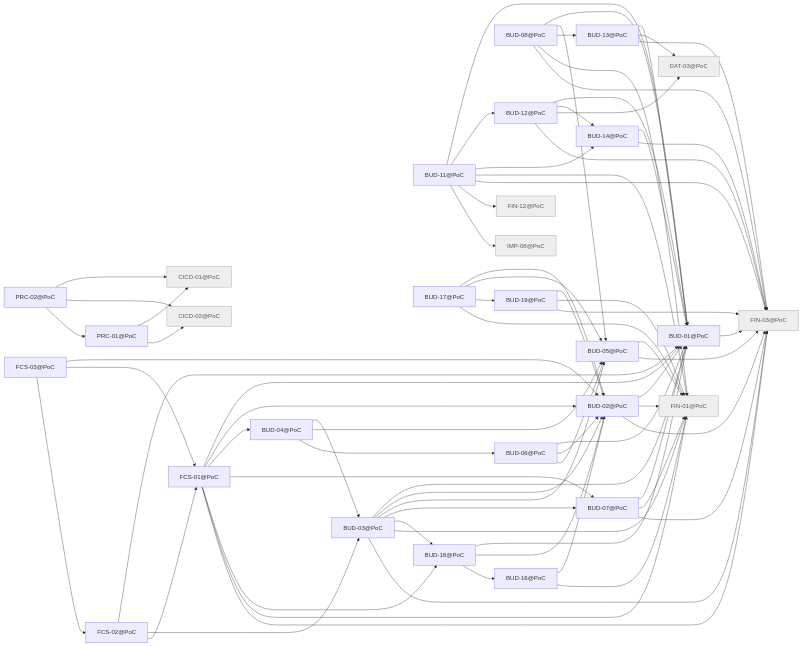
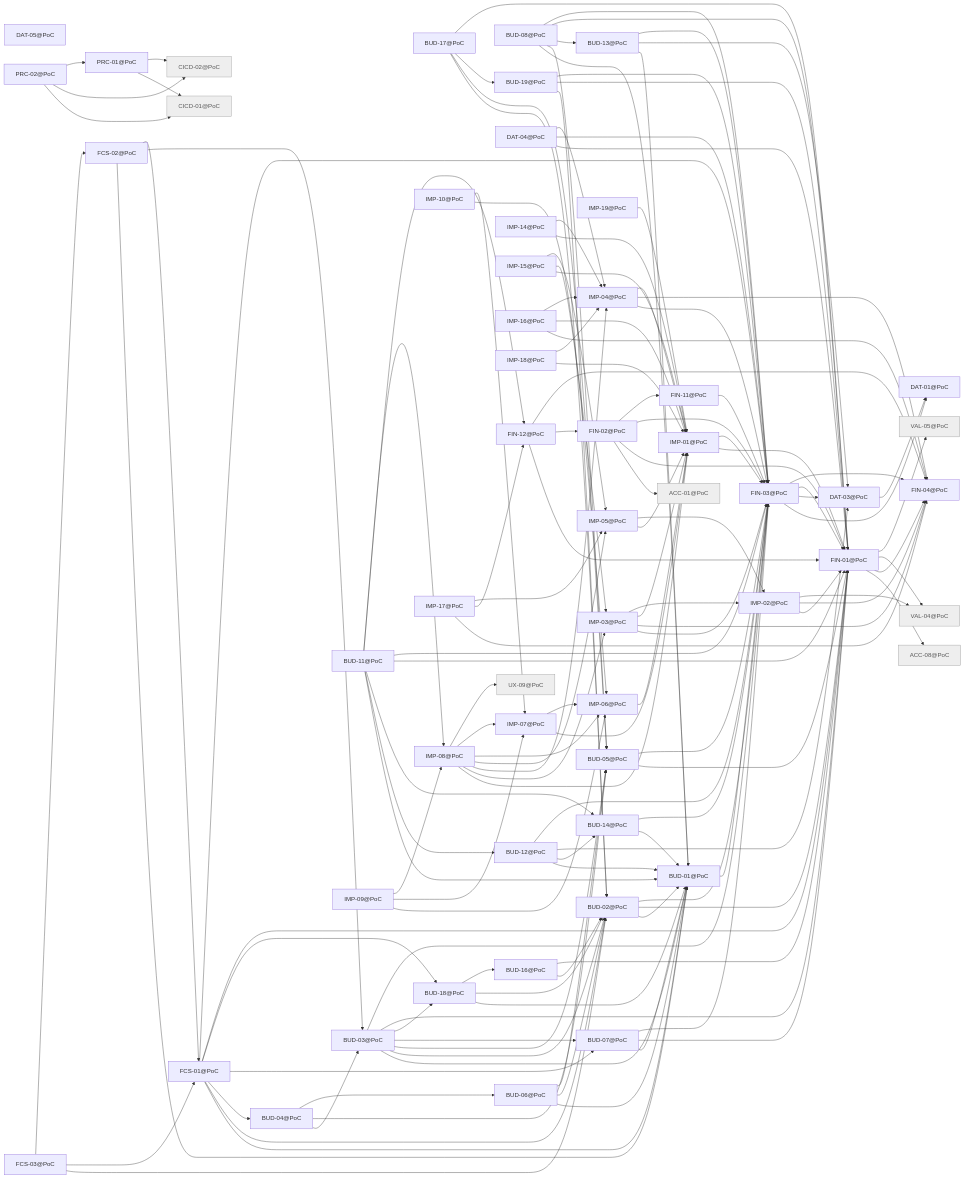
One commit to minakovval/Willowsum changed the diagram in docs/traceability/release-poc.md. Above: the diagram before and after it, drawn with Mermaid. The commit also changed other lines of this file and 165 other files, not shown here.

First line of the commit message:
FIN-01: migrate FIN, IMP and DAT to release slices; BUD-17 one budget in PoC (#36)

````diff
--- a/docs/traceability/release-poc.md
+++ b/docs/traceability/release-poc.md
@@ -37,5 +63,7 @@
 ```mermaid
 flowchart LR
+  ACC_01_PoC["ACC-01@PoC"]
+  ACC_08_PoC["ACC-08@PoC"]
   BUD_01_PoC["BUD-01@PoC"]
   BUD_02_PoC["BUD-02@PoC"]
   BUD_03_PoC["BUD-03@PoC"]
@@ -54,16 +82,40 @@
   BUD_19_PoC["BUD-19@PoC"]
   CICD_01_PoC["CICD-01@PoC"]
   CICD_02_PoC["CICD-02@PoC"]
+  DAT_01_PoC["DAT-01@PoC"]
   DAT_03_PoC["DAT-03@PoC"]
+  DAT_04_PoC["DAT-04@PoC"]
+  DAT_05_PoC["DAT-05@PoC"]
   FCS_01_PoC["FCS-01@PoC"]
   FCS_02_PoC["FCS-02@PoC"]
   FCS_03_PoC["FCS-03@PoC"]
   FIN_01_PoC["FIN-01@PoC"]
+  FIN_02_PoC["FIN-02@PoC"]
   FIN_03_PoC["FIN-03@PoC"]
+  FIN_04_PoC["FIN-04@PoC"]
+  FIN_11_PoC["FIN-11@PoC"]
   FIN_12_PoC["FIN-12@PoC"]
+  IMP_01_PoC["IMP-01@PoC"]
+  IMP_02_PoC["IMP-02@PoC"]
+  IMP_03_PoC["IMP-03@PoC"]
+  IMP_04_PoC["IMP-04@PoC"]
+  IMP_05_PoC["IMP-05@PoC"]
+  IMP_06_PoC["IMP-06@PoC"]
+  IMP_07_PoC["IMP-07@PoC"]
   IMP_08_PoC["IMP-08@PoC"]
+  IMP_09_PoC["IMP-09@PoC"]
+  IMP_10_PoC["IMP-10@PoC"]
+  IMP_14_PoC["IMP-14@PoC"]
+  IMP_15_PoC["IMP-15@PoC"]
+  IMP_16_PoC["IMP-16@PoC"]
+  IMP_17_PoC["IMP-17@PoC"]
+  IMP_18_PoC["IMP-18@PoC"]
+  IMP_19_PoC["IMP-19@PoC"]
   PRC_01_PoC["PRC-01@PoC"]
   PRC_02_PoC["PRC-02@PoC"]
+  UX_09_PoC["UX-09@PoC"]
+  VAL_04_PoC["VAL-04@PoC"]
+  VAL_05_PoC["VAL-05@PoC"]
   BUD_01_PoC --> FIN_03_PoC
   BUD_02_PoC --> BUD_01_PoC
   BUD_02_PoC --> FIN_01_PoC
@@ -119,6 +171,10 @@
   BUD_19_PoC --> BUD_02_PoC
   BUD_19_PoC --> FIN_01_PoC
   BUD_19_PoC --> FIN_03_PoC
+  DAT_03_PoC --> DAT_01_PoC
+  DAT_04_PoC --> FIN_01_PoC
+  DAT_04_PoC --> FIN_03_PoC
+  DAT_04_PoC --> IMP_04_PoC
   FCS_01_PoC --> BUD_01_PoC
   FCS_01_PoC --> BUD_02_PoC
   FCS_01_PoC --> BUD_04_PoC
@@ -132,11 +188,70 @@
   FCS_03_PoC --> BUD_02_PoC
   FCS_03_PoC --> FCS_01_PoC
   FCS_03_PoC --> FCS_02_PoC
+  FIN_01_PoC --> ACC_08_PoC
+  FIN_01_PoC --> FIN_04_PoC
+  FIN_01_PoC --> VAL_04_PoC
+  FIN_01_PoC --> VAL_05_PoC
+  FIN_02_PoC --> ACC_01_PoC
+  FIN_02_PoC --> FIN_01_PoC
+  FIN_02_PoC --> FIN_03_PoC
+  FIN_02_PoC --> FIN_11_PoC
+  FIN_03_PoC --> DAT_01_PoC
+  FIN_03_PoC --> DAT_03_PoC
+  FIN_03_PoC --> FIN_01_PoC
+  FIN_03_PoC --> FIN_04_PoC
+  FIN_11_PoC --> FIN_03_PoC
+  FIN_12_PoC --> FIN_01_PoC
+  FIN_12_PoC --> FIN_02_PoC
+  FIN_12_PoC --> FIN_04_PoC
+  IMP_01_PoC --> FIN_01_PoC
+  IMP_01_PoC --> FIN_03_PoC
+  IMP_02_PoC --> FIN_01_PoC
+  IMP_02_PoC --> FIN_04_PoC
+  IMP_02_PoC --> VAL_04_PoC
+  IMP_03_PoC --> FIN_03_PoC
+  IMP_03_PoC --> FIN_04_PoC
+  IMP_03_PoC --> IMP_01_PoC
+  IMP_03_PoC --> IMP_02_PoC
+  IMP_04_PoC --> FIN_03_PoC
+  IMP_04_PoC --> FIN_04_PoC
+  IMP_04_PoC --> IMP_01_PoC
+  IMP_05_PoC --> IMP_01_PoC
+  IMP_05_PoC --> IMP_02_PoC
+  IMP_06_PoC --> IMP_01_PoC
+  IMP_07_PoC --> IMP_01_PoC
+  IMP_07_PoC --> IMP_06_PoC
+  IMP_08_PoC --> IMP_01_PoC
+  IMP_08_PoC --> IMP_03_PoC
+  IMP_08_PoC --> IMP_04_PoC
+  IMP_08_PoC --> IMP_05_PoC
+  IMP_08_PoC --> IMP_06_PoC
+  IMP_08_PoC --> IMP_07_PoC
+  IMP_08_PoC --> UX_09_PoC
+  IMP_09_PoC --> IMP_06_PoC
+  IMP_09_PoC --> IMP_07_PoC
+  IMP_09_PoC --> IMP_08_PoC
+  IMP_10_PoC --> IMP_06_PoC
+  IMP_10_PoC --> IMP_07_PoC
+  IMP_14_PoC --> IMP_01_PoC
+  IMP_14_PoC --> IMP_04_PoC
+  IMP_15_PoC --> IMP_01_PoC
+  IMP_15_PoC --> IMP_03_PoC
+  IMP_15_PoC --> IMP_05_PoC
+  IMP_16_PoC --> FIN_04_PoC
+  IMP_16_PoC --> IMP_01_PoC
+  IMP_16_PoC --> IMP_04_PoC
+  IMP_17_PoC --> FIN_04_PoC
+  IMP_17_PoC --> FIN_12_PoC
+  IMP_17_PoC --> IMP_05_PoC
+  IMP_18_PoC --> IMP_01_PoC
+  IMP_18_PoC --> IMP_04_PoC
+  IMP_19_PoC --> IMP_01_PoC
   PRC_01_PoC --> CICD_01_PoC
   PRC_01_PoC --> CICD_02_PoC
   PRC_02_PoC --> CICD_01_PoC
   PRC_02_PoC --> CICD_02_PoC
   PRC_02_PoC --> PRC_01_PoC
   classDef notMigrated fill:#eee,stroke:#999,color:#555
-  class CICD_01_PoC,CICD_02_PoC,DAT_03_PoC,FIN_01_PoC,FIN_03_PoC,FIN_12_PoC,IMP_08_PoC notMigrated
+  class ACC_01_PoC,ACC_08_PoC,CICD_01_PoC,CICD_02_PoC,UX_09_PoC,VAL_04_PoC,VAL_05_PoC notMigrated
 ```
````
